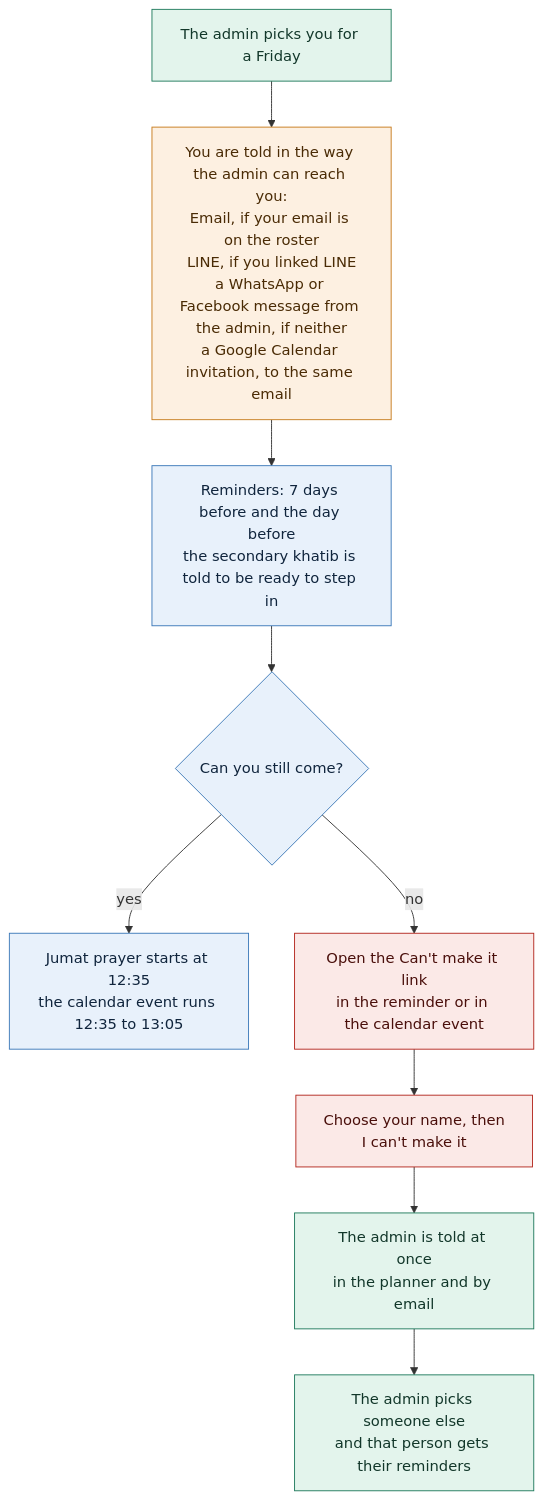
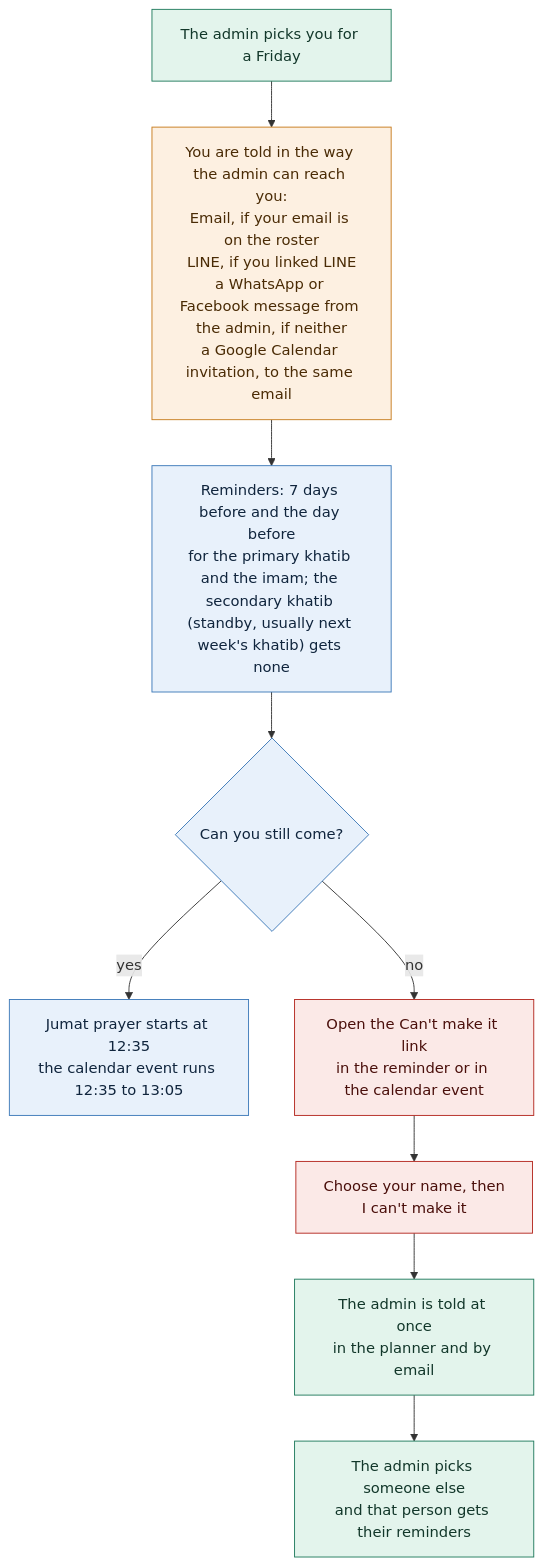
Before and after one commit to mushaffarasyidridha/Jumat-Scheduler-NAIST: the diagram in public/flows/member-scheduled.mmd, drawn with Mermaid. The commit also changed 9 other files, not shown here.

First line of the commit message:
The secondary khatib gets no reminder and no invitation

```diff
--- a/public/flows/member-scheduled.mmd
+++ b/public/flows/member-scheduled.mmd
@@ -1,18 +1,18 @@
 flowchart TD
   A["The admin picks you for a Friday"] --> B["You are told in the way the admin can reach you:<br/>Email, if your email is on the roster<br/>LINE, if you linked LINE<br/>a WhatsApp or Facebook message from the admin, if neither<br/>a Google Calendar invitation, to the same email"]
-  B --> C["Reminders: 7 days before and the day before<br/>the secondary khatib is told to be ready to step in"]
+  B --> C["Reminders: 7 days before and the day before<br/>for the primary khatib and the imam; the secondary khatib (standby, usually next week's khatib) gets none"]
   C --> D{"Can you still come?"}
   D -->|"yes"| E["Jumat prayer starts at 12:35<br/>the calendar event runs 12:35 to 13:05"]
   D -->|"no"| F["Open the Can't make it link<br/>in the reminder or in the calendar event"]
   F --> G["Choose your name, then<br/>I can't make it"]
   G --> H["The admin is told at once<br/>in the planner and by email"]
   H --> I["The admin picks someone else<br/>and that person gets their reminders"]
 
   classDef member fill:#e8f1fb,stroke:#3b78b8,color:#10253d
   classDef admin fill:#e3f4ec,stroke:#1f7a5c,color:#12372a
   classDef out fill:#fdf0e1,stroke:#c77b1c,color:#4a2b05
   classDef warn fill:#fbe9e7,stroke:#b3261e,color:#4a0f0b
   class A,H,I admin
   class C,D,E member
   class B out
   class F,G warn
```
